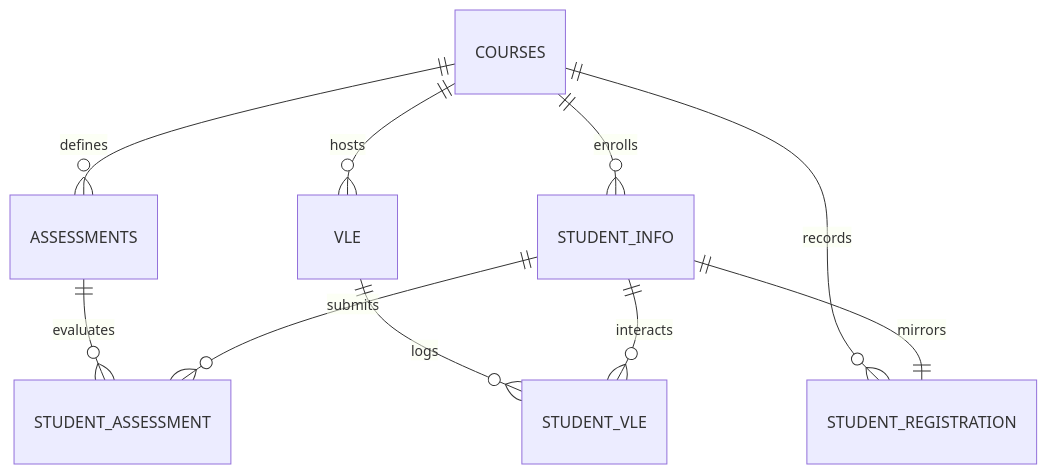
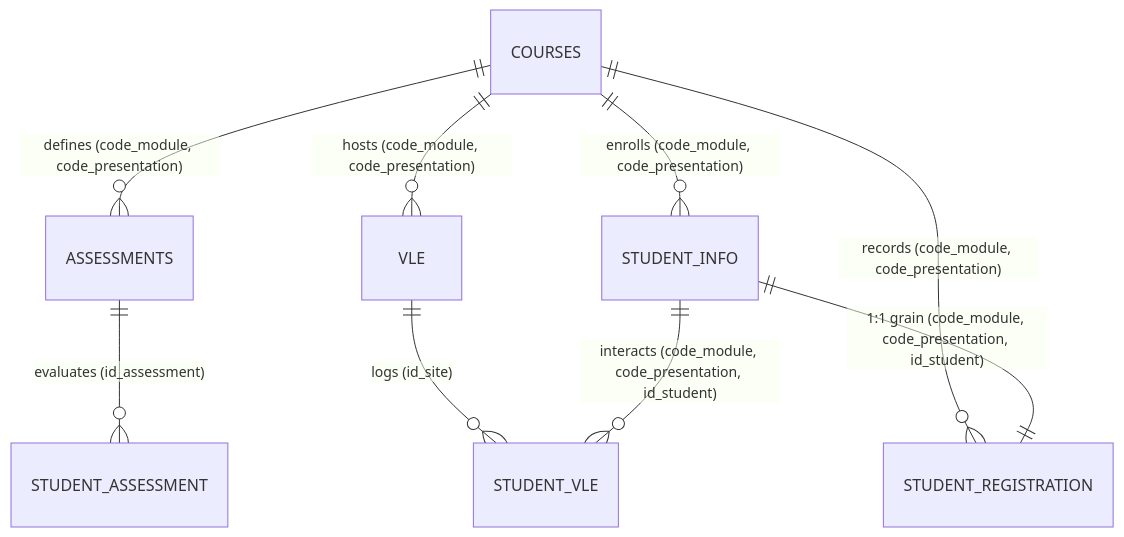
One commit to Snoozemage/student-at-risk-early-warning changed the diagram in docs/entity_relationships.md. Above: the diagram before and after it, drawn with Mermaid. The commit also changed other lines of this file and 3 other files, not shown here.

Commit message:
docs(ingestion): finalize OULAD source audit and schema specifications

````diff
--- a/docs/entity_relationships.md
+++ b/docs/entity_relationships.md
@@ -14,15 +14,14 @@
 ```mermaid
 erDiagram
-    COURSES ||--o{ ASSESSMENTS : defines
-    COURSES ||--o{ VLE : hosts
-    COURSES ||--o{ STUDENT_INFO : enrolls
-    COURSES ||--o{ STUDENT_REGISTRATION : records
-    
-    STUDENT_INFO ||--|| STUDENT_REGISTRATION : mirrors
-    
-    ASSESSMENTS ||--o{ STUDENT_ASSESSMENT : evaluates
-    STUDENT_INFO ||--o{ STUDENT_ASSESSMENT : submits
-    
-    VLE ||--o{ STUDENT_VLE : logs
-    STUDENT_INFO ||--o{ STUDENT_VLE : interacts
+    COURSES ||--o{ ASSESSMENTS : "defines (code_module, code_presentation)"
+    COURSES ||--o{ VLE : "hosts (code_module, code_presentation)"
+    COURSES ||--o{ STUDENT_INFO : "enrolls (code_module, code_presentation)"
+    COURSES ||--o{ STUDENT_REGISTRATION : "records (code_module, code_presentation)"
+
+    STUDENT_INFO ||--|| STUDENT_REGISTRATION : "1:1 grain (code_module, code_presentation, id_student)"
+
+    ASSESSMENTS ||--o{ STUDENT_ASSESSMENT : "evaluates (id_assessment)"
+
+    VLE ||--o{ STUDENT_VLE : "logs (id_site)"
+    STUDENT_INFO ||--o{ STUDENT_VLE : "interacts (code_module, code_presentation, id_student)"
 ```
````
